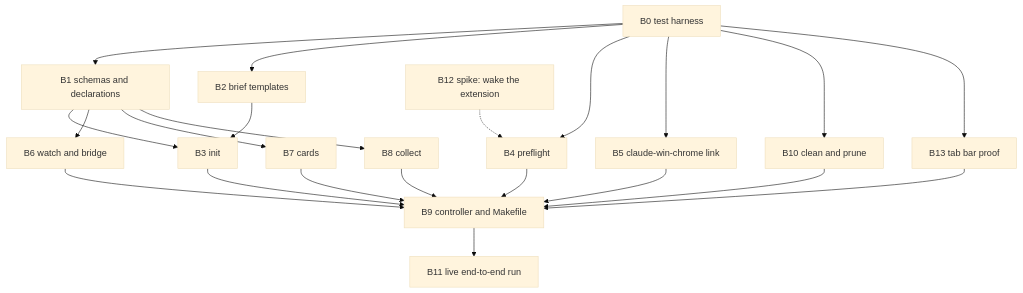
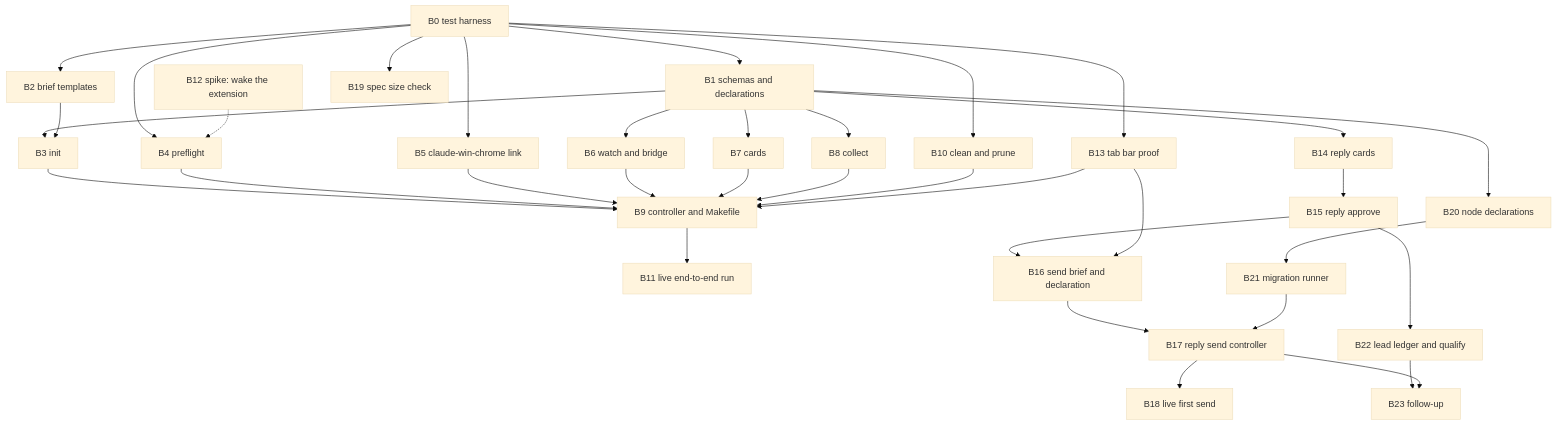
One commit to jkkelley/dotfiles changed the third of 6 diagrams in docs/design/inbox-sweep.md. Above: the diagram before and after it, drawn with Mermaid (base theme). The commit also changed other lines of this file and 2 other files, not shown here.

First line of the commit message:
docs(design): LinkedIn reply DAG with owner approval gate (#119)

````diff
--- a/docs/design/inbox-sweep.md
+++ b/docs/design/inbox-sweep.md
@@ -270,24 +274,37 @@
 ```mermaid
 flowchart TD
   B0[B0 test harness] --> B1[B1 schemas and declarations]
   B0 --> B2[B2 brief templates]
   B1 --> B3[B3 init]
   B2 --> B3
   B0 --> B4[B4 preflight]
   B0 --> B5[B5 claude-win-chrome link]
   B1 --> B6[B6 watch and bridge]
   B1 --> B7[B7 cards]
   B1 --> B8[B8 collect]
   B0 --> B10[B10 clean and prune]
   B3 --> B9[B9 controller and Makefile]
   B4 --> B9
   B5 --> B9
   B6 --> B9
   B7 --> B9
   B8 --> B9
   B10 --> B9
   B9 --> B11[B11 live end-to-end run]
   B0 --> B13[B13 tab bar proof]
   B13 --> B9
   B12[B12 spike: wake the extension] -.-> B4
+  B1 --> B14[B14 reply cards]
+  B14 --> B15[B15 reply approve]
+  B15 --> B16[B16 send brief and declaration]
+  B13 --> B16
+  B16 --> B17[B17 reply send controller]
+  B17 --> B18[B18 live first send]
+  B15 --> B22[B22 lead ledger and qualify]
+  B22 --> B23[B23 follow-up]
+  B17 --> B23
+  B0 --> B19[B19 spec size check]
+  B1 --> B20[B20 node declarations]
+  B20 --> B21[B21 migration runner]
+  B21 --> B17
 ```
````
